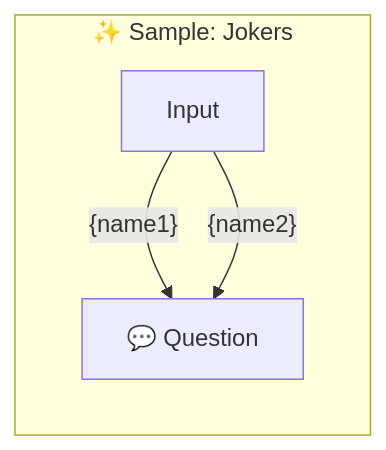
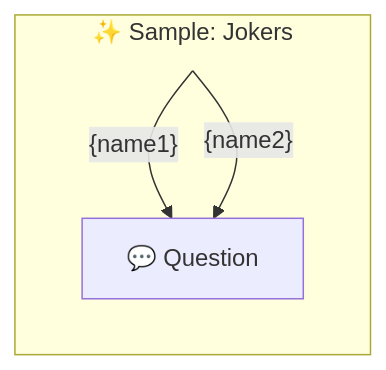
Before and after one commit to webgptorg/promptbook: the diagram in samples/templates/41-jokers.ptbk.md, drawn with Mermaid. The commit also changed 16 other files, not shown here.

Commit message:
Auto-generated Mermaid graphs of promptboks

````diff
--- a/samples/templates/41-jokers.ptbk.md
+++ b/samples/templates/41-jokers.ptbk.md
@@ -10,21 +10,17 @@
 ```mermaid
 %% 🔮 Tip: Open this on GitHub or in the VSCode website to see the Mermaid graph visually
 
 flowchart LR
-    subgraph "✨ Sample: Jokers"
+  subgraph "✨ Sample: Jokers"
 
-        direction TB
+      direction TB
 
-        input[Input]
+      input[Input]:::hidden
+      templateQuestion[💬 Question]
+      input--"{name1}"-->templateQuestion
+      input--"{name2}"-->templateQuestion
 
+      classDef hidden display: none;
 
-        templateQuestion[💬 Question]
-        input--"{name1}"-->templateQuestion
-        input--"{name2}"-->templateQuestion
-
-
-
-
-
-    end
+  end;
 ```
````
